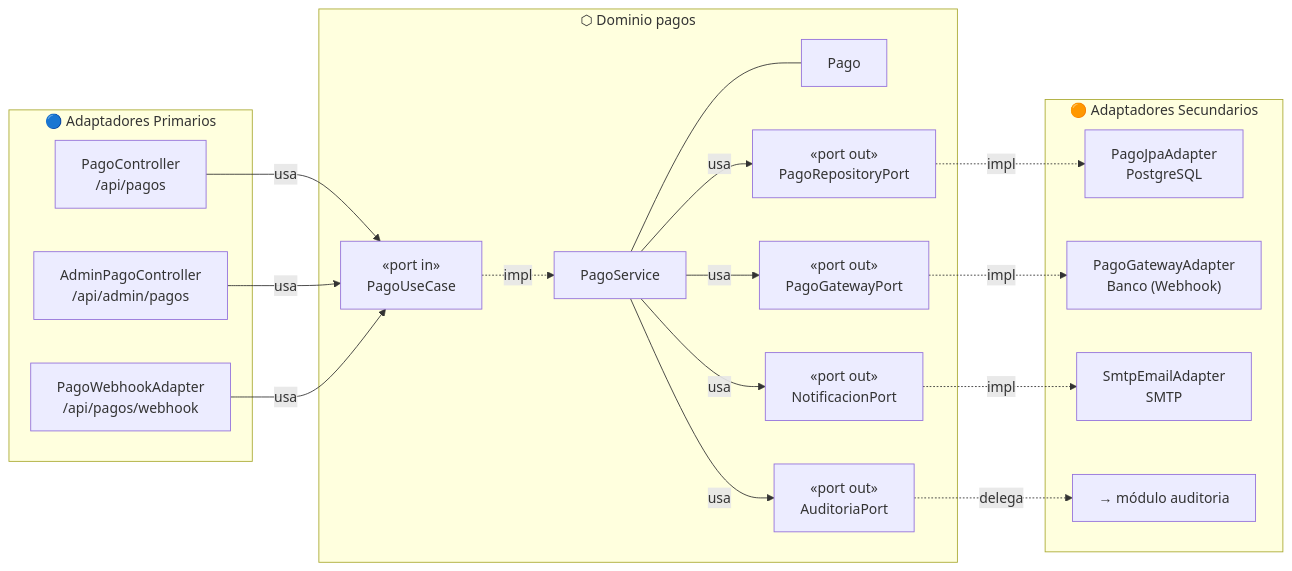
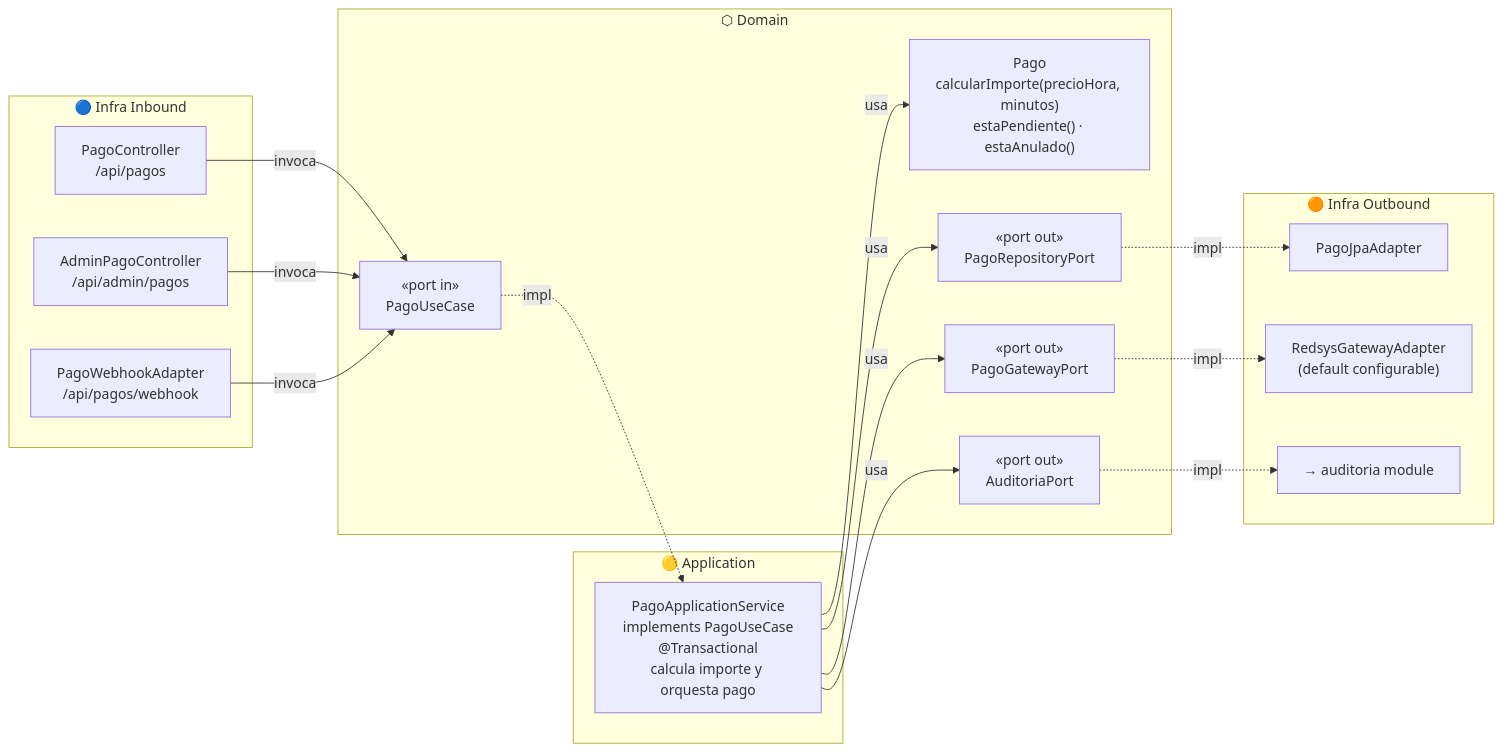
Before and after one commit to lcasadov/PadelPro: diagram 14 of 26 in README.md, drawn with Mermaid. The commit also changed other lines of this file and 7 other files, not shown here.

````diff
--- a/README.md
+++ b/README.md
@@ -1160,31 +1277,30 @@
 ```mermaid
 graph LR
-    subgraph P_PA["🔵 Adaptadores Primarios"]
+    subgraph P_INFRA_IN["🔵 Infra Inbound"]
         PC["PagoController\n/api/pagos"]
         APC["AdminPagoController\n/api/admin/pagos"]
         PWA["PagoWebhookAdapter\n/api/pagos/webhook"]
     end
-    subgraph P_DOMAIN["⬡ Dominio pagos"]
+    subgraph P_APP["🟡 Application"]
+        PAS["PagoApplicationService\nimplements PagoUseCase\n@Transactional\ncalcula importe y orquesta pago"]
+    end
+    subgraph P_DOM["⬡ Domain"]
         PUC["«port in»\nPagoUseCase"]
-        PS["PagoService"]
-        PE["Pago"]
+        PE["Pago\ncalcularImporte(precioHora, minutos)\nestaPendiente() · estaAnulado()"]
         PRP["«port out»\nPagoRepositoryPort"]
         PGP["«port out»\nPagoGatewayPort"]
-        PNP["«port out»\nNotificacionPort"]
         PAP["«port out»\nAuditoriaPort"]
     end
-    subgraph P_SA["🟠 Adaptadores Secundarios"]
-        PJPA["PagoJpaAdapter\nPostgreSQL"]
-        PGA["PagoGatewayAdapter\nBanco (Webhook)"]
-        PSMTP["SmtpEmailAdapter\nSMTP"]
-        PAUD["→ módulo auditoria"]
+    subgraph P_INFRA_OUT["🟠 Infra Outbound"]
+        PJPA["PagoJpaAdapter"]
+        PGA["RedsysGatewayAdapter\n(default configurable)"]
+        PAUD["→ auditoria module"]
     end
-    PC & APC & PWA -->|usa| PUC
-    PUC -.->|impl| PS
-    PS --- PE
-    PS -->|usa| PRP & PGP & PNP & PAP
+    PC & APC & PWA -->|invoca| PUC
+    PUC -.->|impl| PAS
+    PAS -->|usa| PE
+    PAS -->|usa| PRP & PGP & PAP
     PRP -.->|impl| PJPA
     PGP -.->|impl| PGA
-    PNP -.->|impl| PSMTP
-    PAP -.->|delega| PAUD
+    PAP -.->|impl| PAUD
 ```
````
